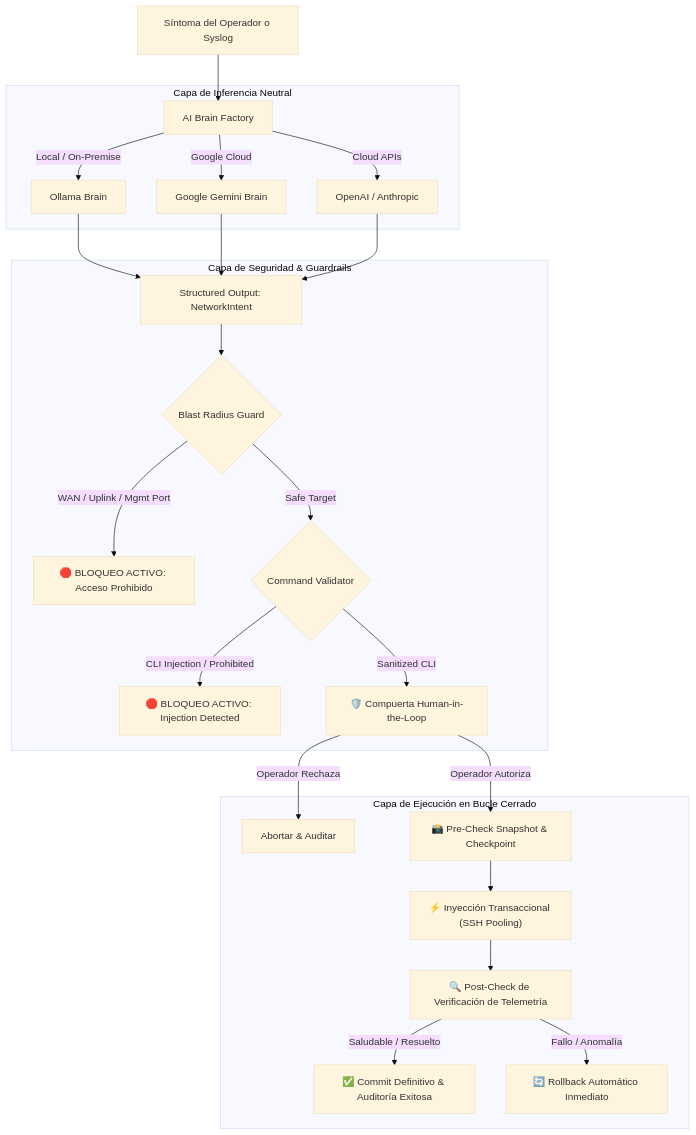
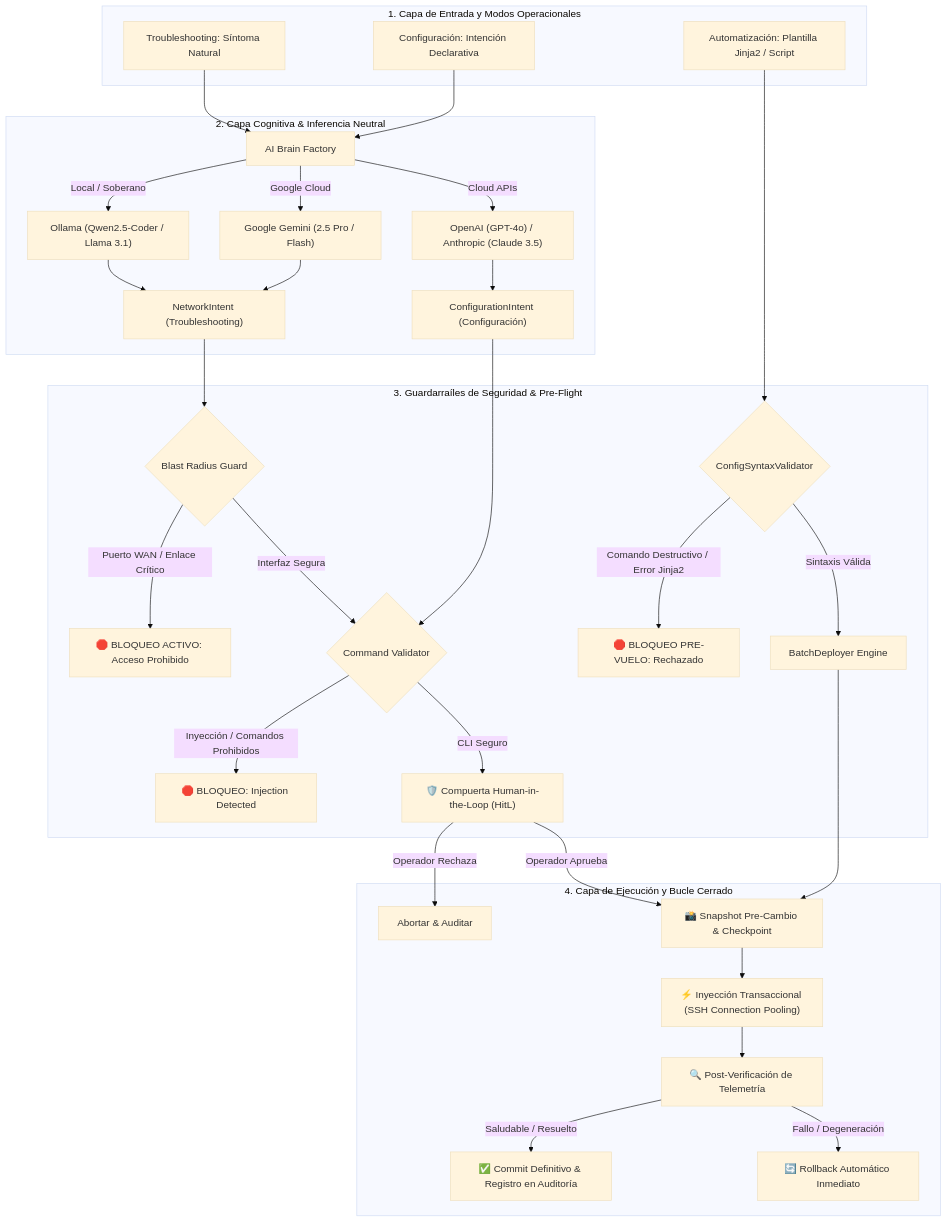
One commit to GuifMur98/networkingAgent changed the diagram in README.md. Above: the diagram before and after it, drawn with Mermaid (base theme). The commit also changed other lines of this file and 5 other files, not shown here.

````diff
--- a/README.md
+++ b/README.md
@@ -41,29 +57,43 @@
 ```mermaid
 flowchart TD
-    A["Síntoma del Operador o Syslog"] --> B["AI Brain Factory"]
-    subgraph Brains ["Capa de Inferencia Neutral"]
-        B -->|Local / On-Premise| B1["Ollama Brain"]
-        B -->|Google Cloud| B2["Google Gemini Brain"]
-        B -->|Cloud APIs| B3["OpenAI / Anthropic"]
-    end
-    B1 --> C["Structured Output: NetworkIntent"]
-    B2 --> C
-    B3 --> C
-
-    subgraph Security ["Capa de Seguridad & Guardrails"]
-        C --> D{"Blast Radius Guard"}
-        D -->|WAN / Uplink / Mgmt Port| D1["🛑 BLOQUEO ACTIVO: Acceso Prohibido"]
-        D -->|Safe Target| E{"Command Validator"}
-        E -->|CLI Injection / Prohibited| E1["🛑 BLOQUEO ACTIVO: Injection Detected"]
-        E -->|Sanitized CLI| F["🛡️ Compuerta Human-in-the-Loop"]
+    subgraph InputLayer ["1. Capa de Entrada y Modos Operacionales"]
+        A1["Troubleshooting: Síntoma Natural"] 
+        A2["Configuración: Intención Declarativa"]
+        A3["Automatización: Plantilla Jinja2 / Script"]
     end
 
-    subgraph Execution ["Capa de Ejecución en Bucle Cerrado"]
+    subgraph CognitiveLayer ["2. Capa Cognitiva & Inferencia Neutral"]
+        A1 --> B["AI Brain Factory"]
+        A2 --> B
+        B -->|Local / Soberano| B1["Ollama (Qwen2.5-Coder / Llama 3.1)"]
+        B -->|Google Cloud| B2["Google Gemini (2.5 Pro / Flash)"]
+        B -->|Cloud APIs| B3["OpenAI (GPT-4o) / Anthropic (Claude 3.5)"]
+        B1 --> C1["NetworkIntent (Troubleshooting)"]
+        B2 --> C1
+        B3 --> C2["ConfigurationIntent (Configuración)"]
+    end
+
+    subgraph GuardrailLayer ["3. Guardarraíles de Seguridad & Pre-Flight"]
+        C1 --> D{"Blast Radius Guard"}
+        D -->|Puerto WAN / Enlace Crítico| D1["🛑 BLOQUEO ACTIVO: Acceso Prohibido"]
+        D -->|Interfaz Segura| E{"Command Validator"}
+        
+        A3 --> SV{"ConfigSyntaxValidator"}
+        SV -->|Comando Destructivo / Error Jinja2| SV1["🛑 BLOQUEO PRE-VUELO: Rechazado"]
+        SV -->|Sintaxis Válida| BD["BatchDeployer Engine"]
+
+        C2 --> E
+        E -->|Inyección / Comandos Prohibidos| E1["🛑 BLOQUEO: Injection Detected"]
+        E -->|CLI Seguro| F["🛡️ Compuerta Human-in-the-Loop (HitL)"]
+    end
+
+    subgraph ExecutionLayer ["4. Capa de Ejecución y Bucle Cerrado"]
         F -->|Operador Rechaza| G1["Abortar & Auditar"]
-        F -->|Operador Autoriza| G2["📸 Pre-Check Snapshot & Checkpoint"]
-        G2 --> H["⚡ Inyección Transaccional (SSH Pooling)"]
-        H --> I["🔍 Post-Check de Verificación de Telemetría"]
-        I -->|Saludable / Resuelto| J["✅ Commit Definitivo & Auditoría Exitosa"]
-        I -->|Fallo / Anomalía| K["🔄 Rollback Automático Inmediato"]
+        F -->|Operador Aprueba| G2["📸 Snapshot Pre-Cambio & Checkpoint"]
+        BD --> G2
+        G2 --> H["⚡ Inyección Transaccional (SSH Connection Pooling)"]
+        H --> I["🔍 Post-Verificación de Telemetría"]
+        I -->|Saludable / Resuelto| J["✅ Commit Definitivo & Registro en Auditoría"]
+        I -->|Fallo / Degeneración| K["🔄 Rollback Automático Inmediato"]
     end
 ```
````
